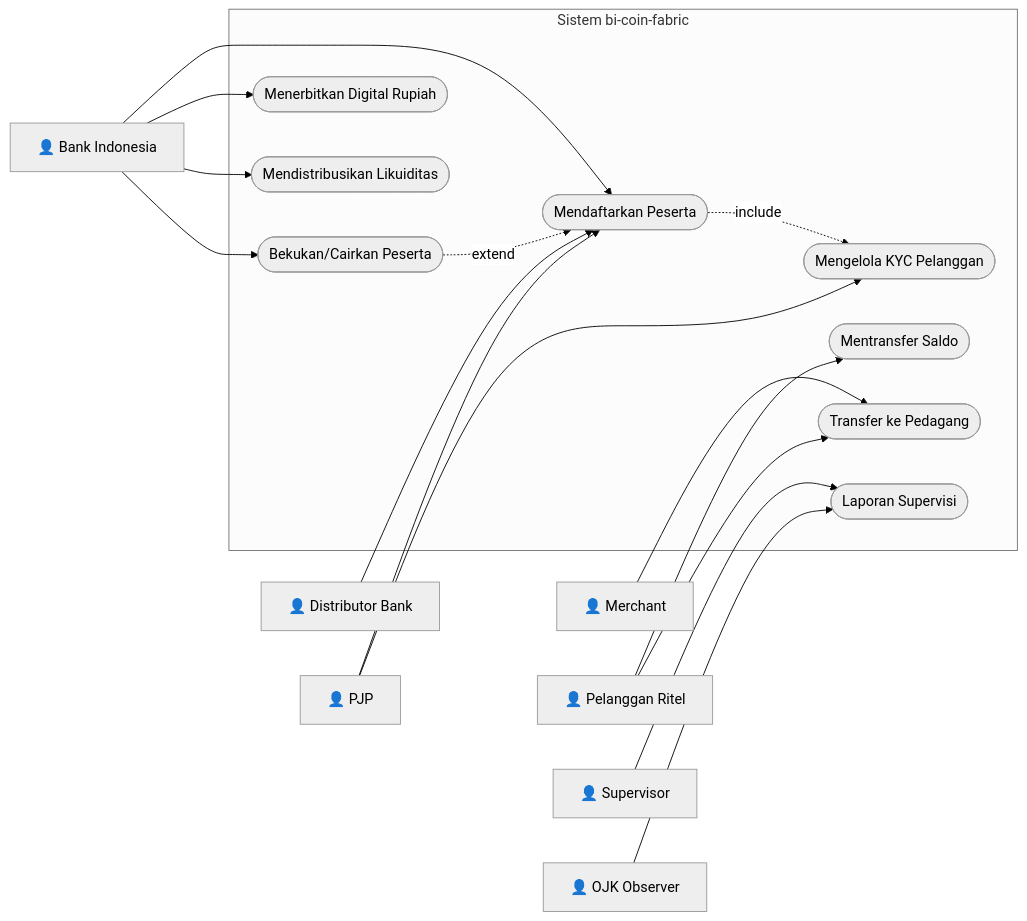
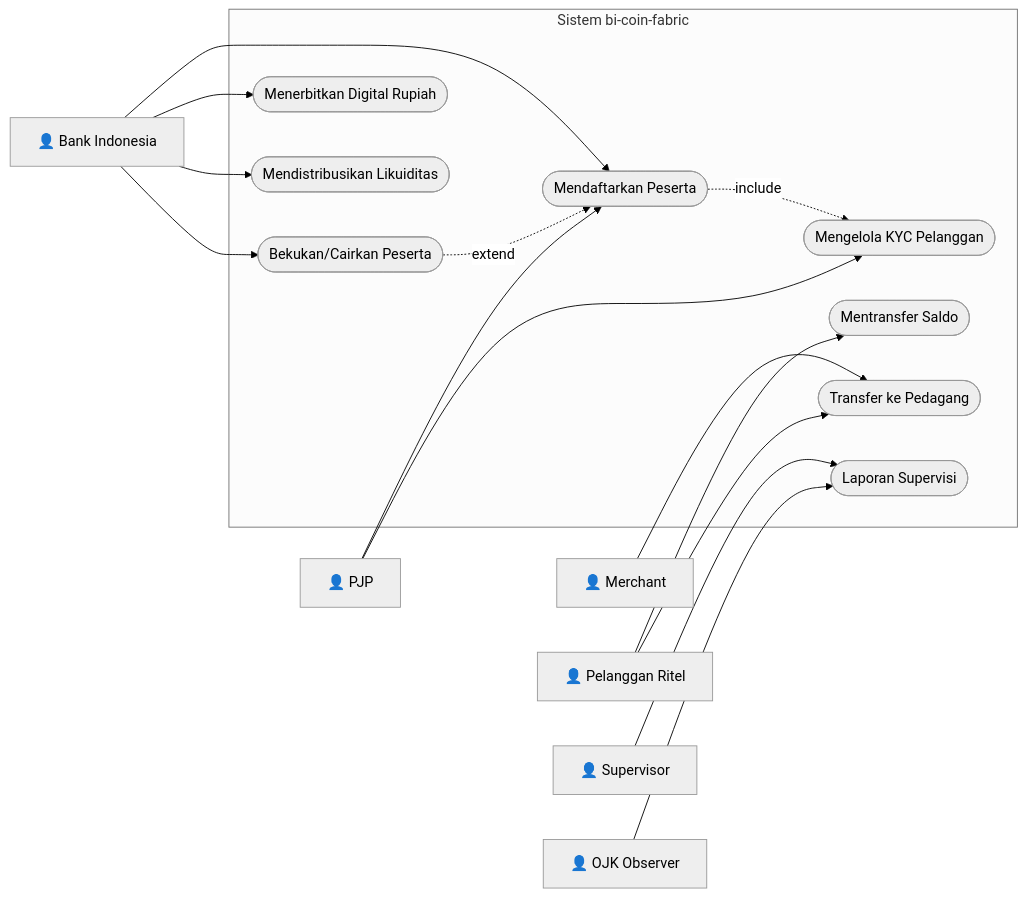
Before and after one commit to mfachrizalg/bi-coin: the first of 3 diagrams in bi-coin-fabric/docs/diagrams/mermaid/use-case-diagrams.md, drawn with Mermaid. The commit also changed other lines of this file and 729 other files, not shown here.

````diff
--- a/bi-coin-fabric/docs/diagrams/mermaid/use-case-diagrams.md
+++ b/bi-coin-fabric/docs/diagrams/mermaid/use-case-diagrams.md
@@ -10,38 +10,36 @@
 ```mermaid
 %%{init: {'theme': 'neutral', 'themeVariables': {'primaryColor': '#ffffff', 'primaryBorderColor': '#000000', 'lineColor': '#000000'}}}%%
 flowchart LR
     BI[👤 Bank Indonesia]
-    BV[👤 Distributor Bank]
     PJP[👤 PJP]
     M[👤 Merchant]
     PR[👤 Pelanggan Ritel]
     SV[👤 Supervisor]
     OJK[👤 OJK Observer]
 
     subgraph SYS["Sistem bi-coin-fabric"]
         UC1([Mendaftarkan Peserta])
         UC2([Menerbitkan Digital Rupiah])
         UC3([Mendistribusikan Likuiditas])
         UC4([Mengelola KYC Pelanggan])
         UC5([Mentransfer Saldo])
         UC6([Transfer ke Pedagang])
         UC7([Bekukan/Cairkan Peserta])
         UC9([Laporan Supervisi])
     end
 
     BI --> UC1
     BI --> UC2
-    BV --> UC1
     BI --> UC3
     PJP --> UC1
     PJP --> UC4
     M --> UC6
     PR --> UC5
     PR --> UC6
     BI --> UC7
     SV --> UC9
     OJK --> UC9
 
     UC1 -.->|include| UC4
     UC7 -.->|extend| UC1
 ```
````
